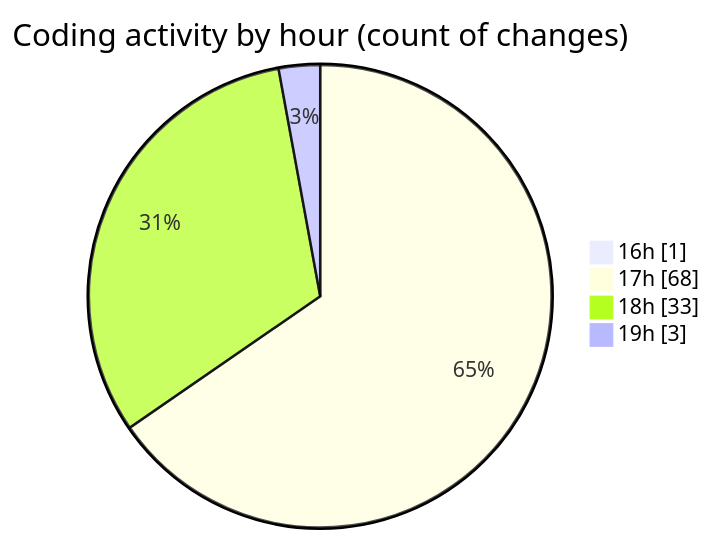
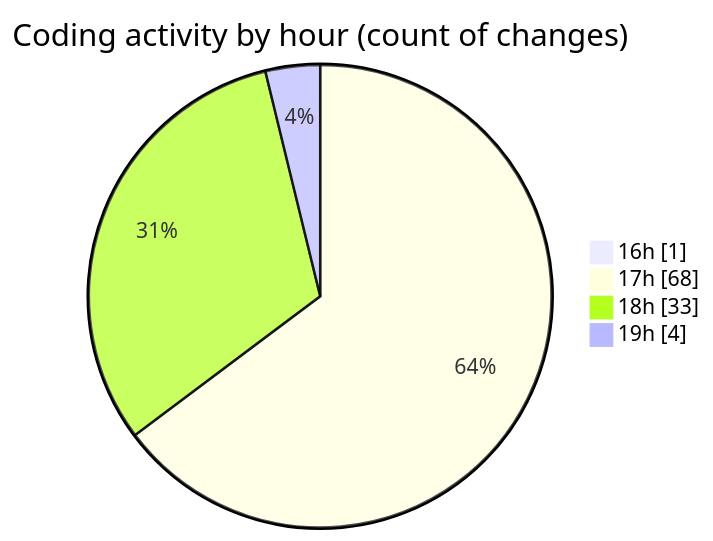
One commit to idhammustaqopulfikri/code-tracking changed the second of 2 diagrams in 2025-05-27/studio-backend/README.md. Above: the diagram before and after it, drawn with Mermaid. The commit also changed other lines of this file and 1 other file, not shown here.

````diff
--- a/2025-05-27/studio-backend/README.md
+++ b/2025-05-27/studio-backend/README.md
@@ -64,8 +64,8 @@
 ```mermaid
 pie showData
 title Coding activity by hour (count of changes)
 "16h" : 1
 "17h" : 68
 "18h" : 33
-"19h" : 3
+"19h" : 4
 ```
````
